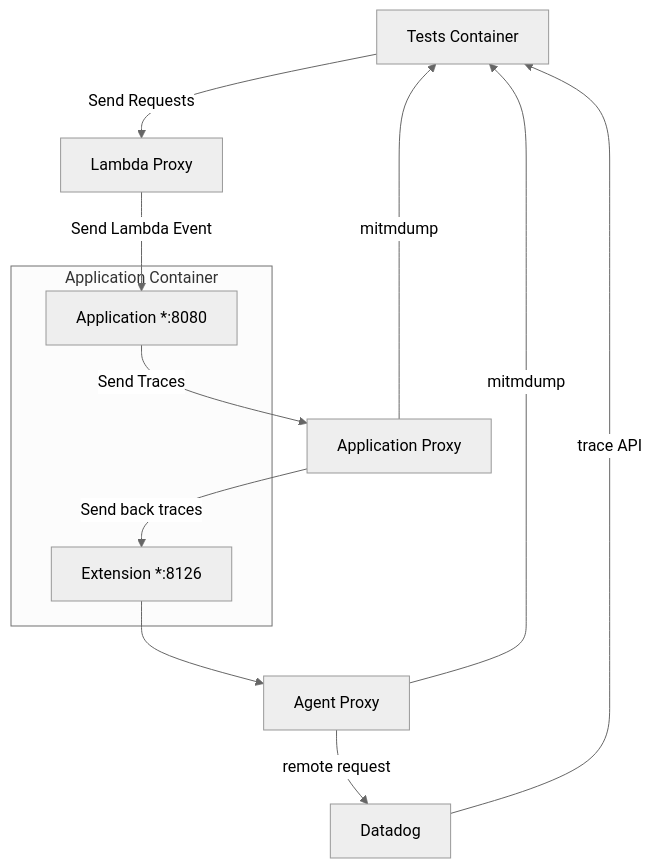
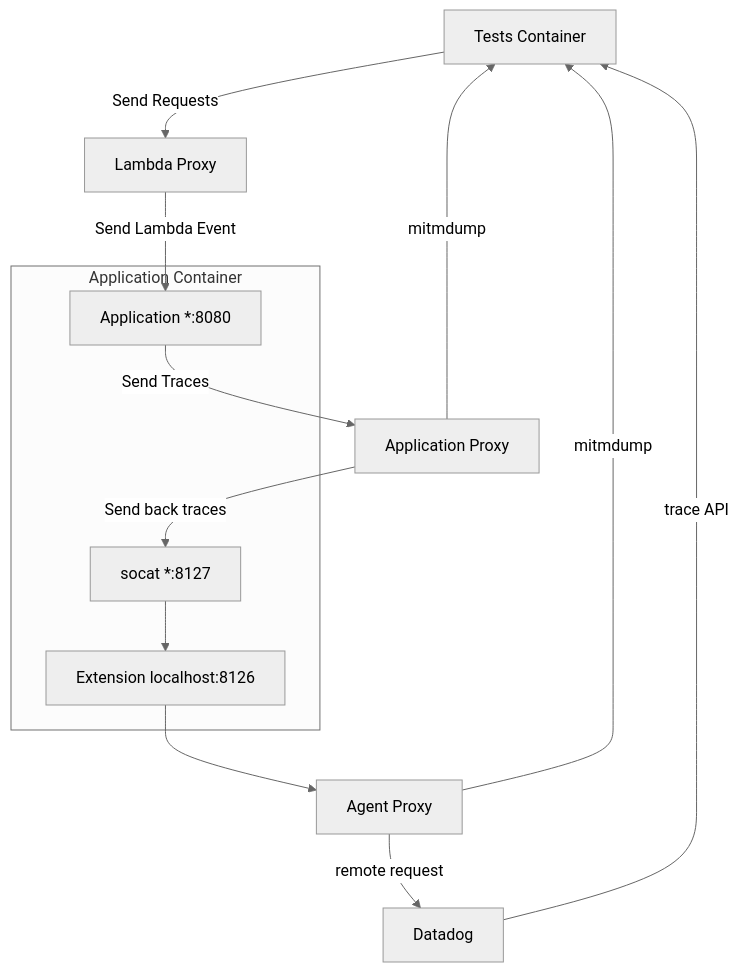
Before and after one commit to DataDog/system-tests: the second of 2 diagrams in docs/scenarios/aws_lambda.md, drawn with Mermaid (neutral theme). The commit also changed other lines of this file and 7 other files, not shown here.

````diff
--- a/docs/scenarios/aws_lambda.md
+++ b/docs/scenarios/aws_lambda.md
@@ -34,16 +34,17 @@
 ```mermaid
 flowchart TD
     TESTS[Tests Container] -->|Send Requests| LambdaProxy
     LambdaProxy[Lambda Proxy] -->|Send Lambda Event| Application
     subgraph APP[Application Container]
-        Extension[Extension *:8126]
+        socat[socat *:8127] --> Extension
+        Extension[Extension localhost:8126]
         Application[Application *:8080]
     end
     Application --> | Send Traces | APPPROXY
-    APPPROXY[Application Proxy] --> | Send back traces | Extension
+    APPPROXY[Application Proxy] --> | Send back traces | socat
     APPPROXY -->|mitmdump| TESTS
     Extension --> AGENTPROXY
     AGENTPROXY[Agent Proxy] -->|remote request| BACKEND
     AGENTPROXY -->|mitmdump| TESTS
     BACKEND[Datadog] -->|trace API| TESTS
 ```
````
